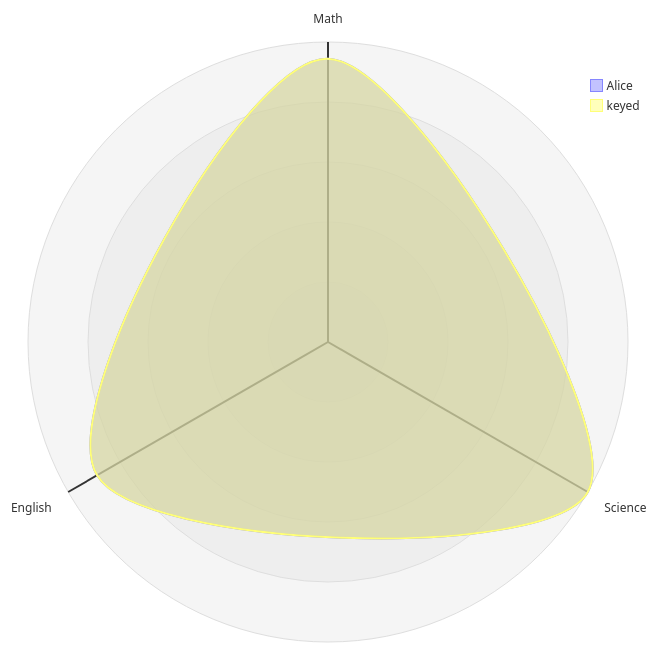
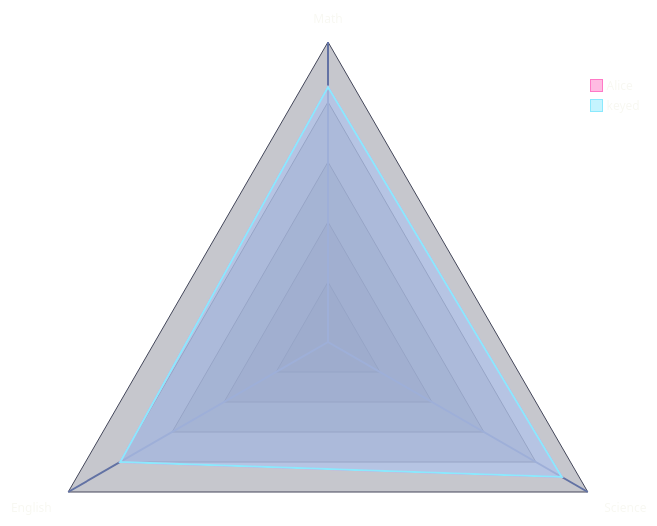
The ninth of 21 diagrams in .claude/skills/mermaid-diagramming/references/syntax-extended.md (bsamiee/Rasm), drawn with Mermaid before and after one commit. The commit also changed other lines of this file and 27 other files, not shown here.

````diff
--- a/.claude/skills/mermaid-diagramming/references/syntax-extended.md
+++ b/.claude/skills/mermaid-diagramming/references/syntax-extended.md
@@ -159,6 +194,25 @@
 ```mermaid
+---
+config:
+  theme: base
+  themeVariables:
+    darkMode: true
+    textColor: "#F8F8F2"
+    titleColor: "#F8F8F2"
+    cScale0: "#FF79C6"
+    cScale1: "#8BE9FD"
+    radar:
+      axisColor: "#6272A4"
+      graticuleColor: "#44475A"
+      curveOpacity: 0.5
+---
 radar-beta
   axis m["Math"], s["Science"], e["English"]
   curve alice["Alice"]{85, 90, 80}
   curve keyed{ m: 85, s: 90, e: 80 }
+  showLegend true
+  graticule polygon
+  ticks 5
+  max 100
+  min 0
 ```
````
